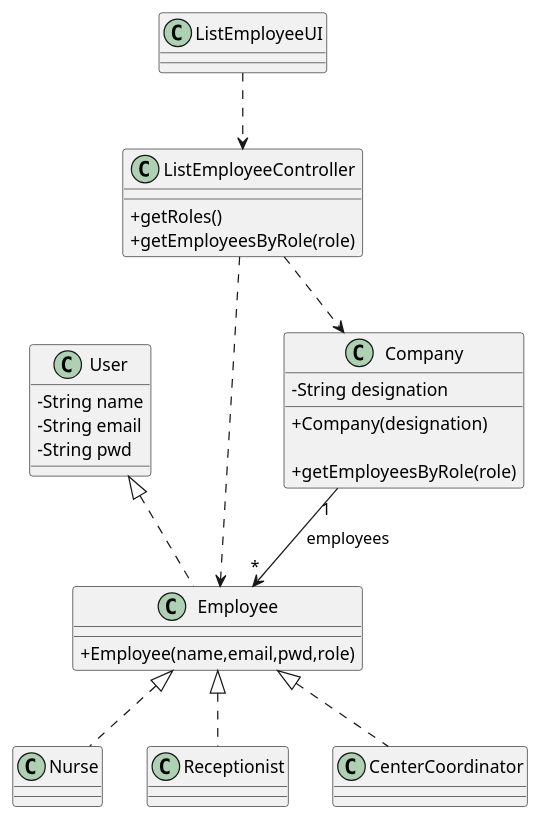
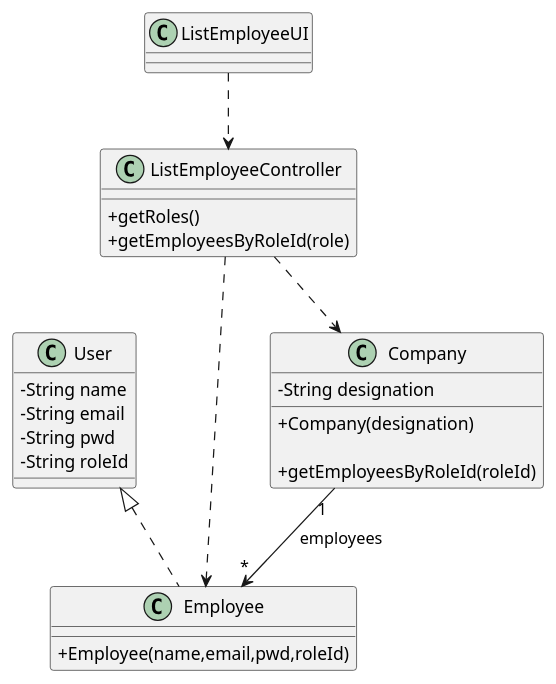
Before and after one commit to miseEnPlace-i/lapr2: the diagram in docs/SprintB/US11/CD/US11_CD.puml, drawn with PlantUML. The commit also changed 6 other files, not shown here.

```diff
--- a/docs/SprintB/US11/CD/US11_CD.puml
+++ b/docs/SprintB/US11/CD/US11_CD.puml
@@ -1,45 +1,36 @@
 @startuml
 skinparam classAttributeIconSize 0
 
 class User {
   - String name
   - String email
   - String pwd
+  - String roleId
 }
 
 class Employee {
-  +Employee(name,email,pwd,role)
+  +Employee(name,email,pwd,roleId)
 }
 
 class Company {
   -String designation
   +Company(designation)
 
-  +getEmployeesByRole(role)
+  +getEmployeesByRoleId(roleId)
 }
 
 class ListEmployeeController {
   +getRoles()
-  +getEmployeesByRole(role)
+  +getEmployeesByRoleId(role)
 }
 
 class ListEmployeeUI {}
-
-class Nurse {}
-
-class Receptionist {}
-
-class CenterCoordinator {}
 
 ListEmployeeUI ..> ListEmployeeController
 ListEmployeeController ..> Employee
 ListEmployeeController ..> Company
 Company "1" --> "*" Employee : employees
 
 User <|.. Employee 
 
-Employee <|.. Nurse
-Employee <|.. Receptionist
-Employee <|.. CenterCoordinator
-
 @enduml
```
